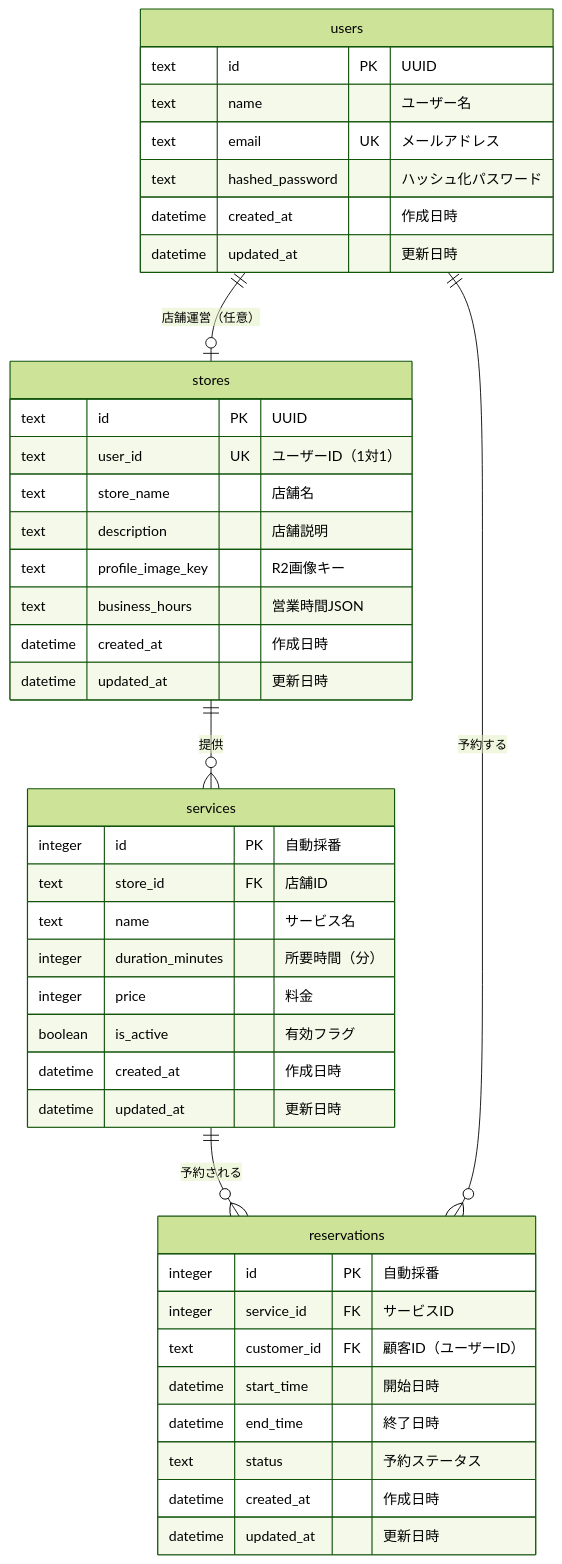
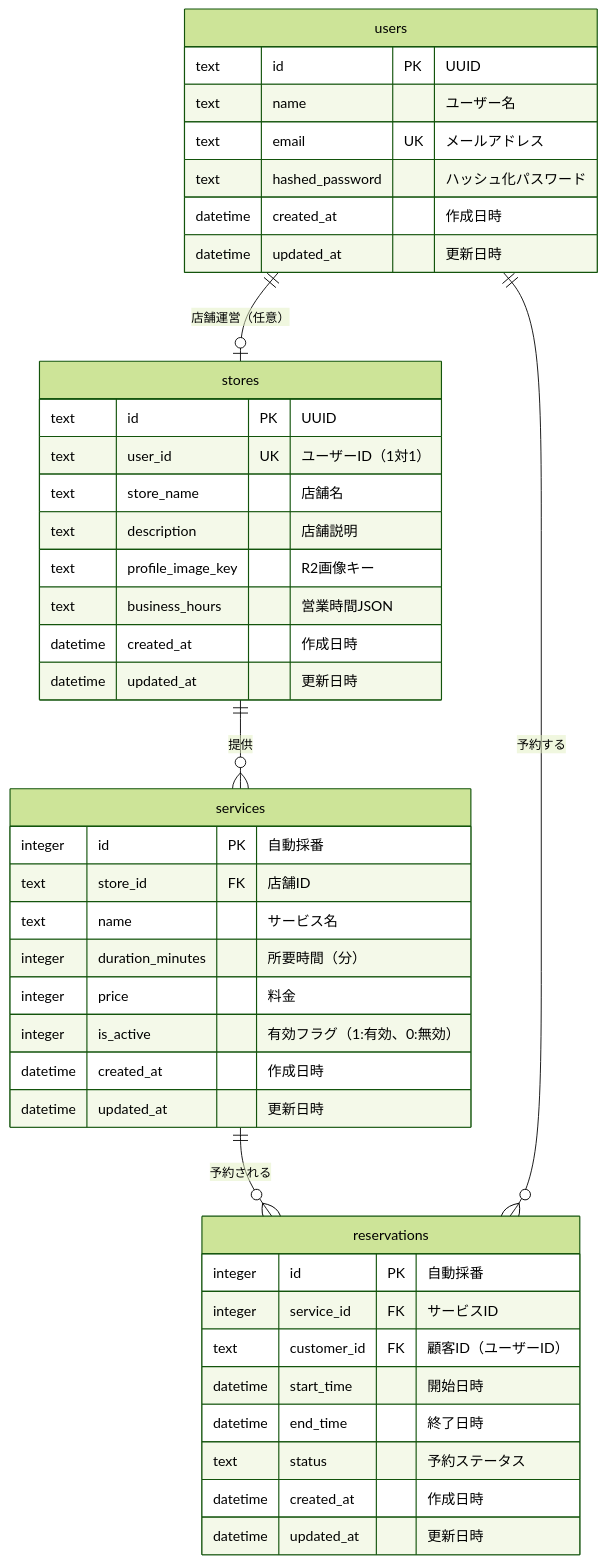
Before and after one commit to ProgrammerForCat/appointy: the diagram in doc/ER図.md, drawn with Mermaid (forest theme). The commit also changed other lines of this file and 16 other files, not shown here.

````diff
--- a/doc/ER図.md
+++ b/doc/ER図.md
@@ -5,49 +5,49 @@
 ```mermaid
 erDiagram
     users {
         text id PK "UUID"
         text name "ユーザー名"
         text email UK "メールアドレス"
         text hashed_password "ハッシュ化パスワード"
         datetime created_at "作成日時"
         datetime updated_at "更新日時"
     }
 
     stores {
         text id PK "UUID"
         text user_id UK "ユーザーID（1対1）"
         text store_name "店舗名"
         text description "店舗説明"
         text profile_image_key "R2画像キー"
         text business_hours "営業時間JSON"
         datetime created_at "作成日時"
         datetime updated_at "更新日時"
     }
 
     services {
         integer id PK "自動採番"
         text store_id FK "店舗ID"
         text name "サービス名"
         integer duration_minutes "所要時間（分）"
         integer price "料金"
-        boolean is_active "有効フラグ"
+        integer is_active "有効フラグ（1:有効、0:無効）"
         datetime created_at "作成日時"
         datetime updated_at "更新日時"
     }
 
     reservations {
         integer id PK "自動採番"
         integer service_id FK "サービスID"
         text customer_id FK "顧客ID（ユーザーID）"
         datetime start_time "開始日時"
         datetime end_time "終了日時"
         text status "予約ステータス"
         datetime created_at "作成日時"
         datetime updated_at "更新日時"
     }
 
     users ||--o| stores : "店舗運営（任意）"
     stores ||--o{ services : "提供"
     services ||--o{ reservations : "予約される"
     users ||--o{ reservations : "予約する"
 ```
````
